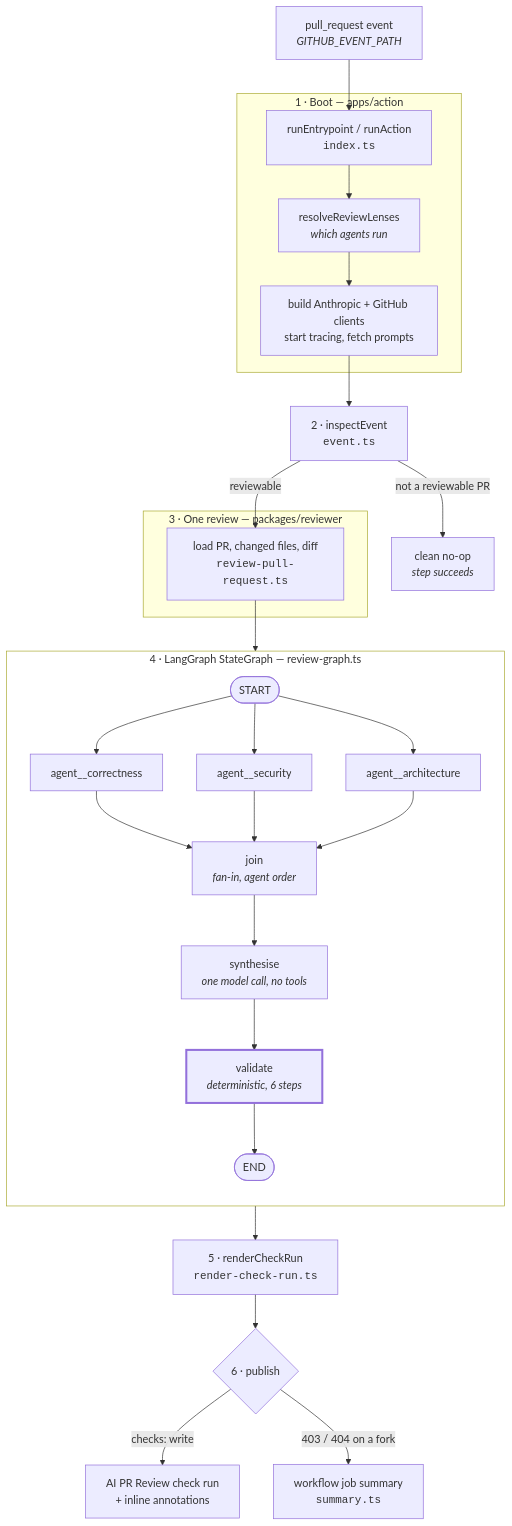
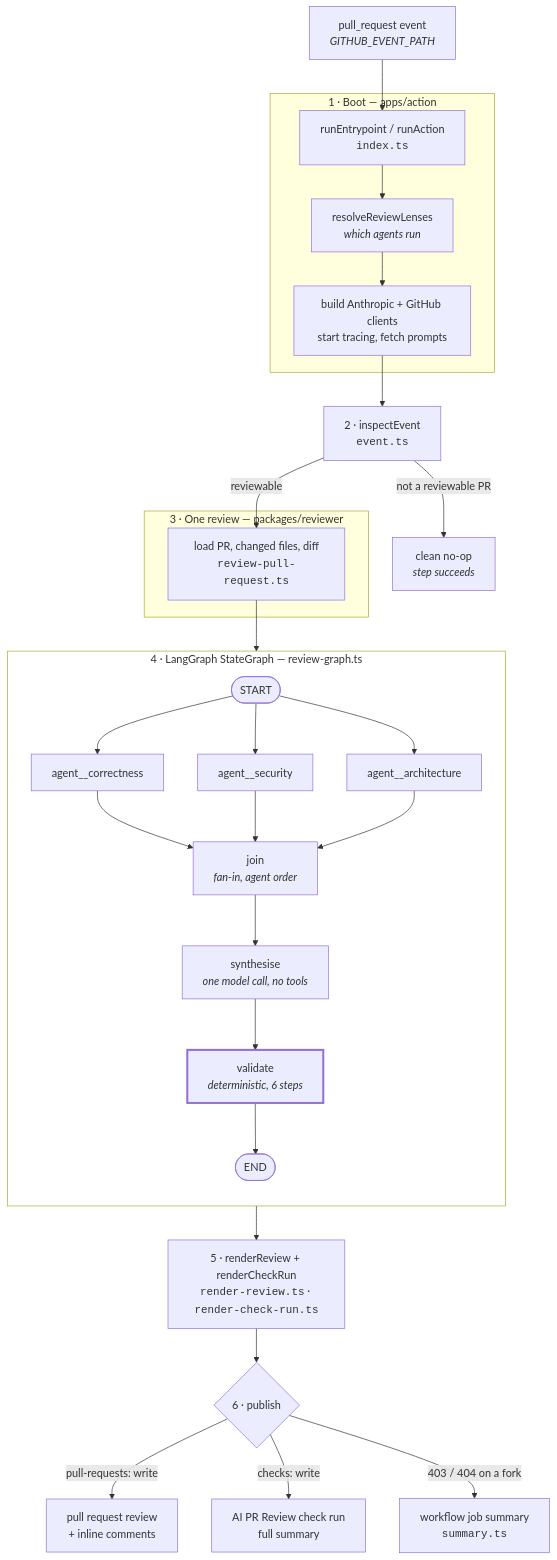
One commit to sunnyeyles/pr-review-agents changed the diagram in docs/agent-flow.md. Above: the diagram before and after it, drawn with Mermaid. The commit also changed other lines of this file and 20 other files, not shown here.

First line of the commit message:
feat: publish findings as pull request review comments

````diff
--- a/docs/agent-flow.md
+++ b/docs/agent-flow.md
@@ -14,42 +14,43 @@
 ```mermaid
 flowchart TD
     EVENT["pull_request event<br/><i>GITHUB_EVENT_PATH</i>"] --> ENTRY
 
     subgraph BOOT["1 · Boot — apps/action"]
         ENTRY["runEntrypoint / runAction<br/><code>index.ts</code>"]
         ENTRY --> LENS["resolveReviewLenses<br/><i>which agents run</i>"]
         LENS --> CLIENTS["build Anthropic + GitHub clients<br/>start tracing, fetch prompts"]
     end
 
     CLIENTS --> INSPECT["2 · inspectEvent<br/><code>event.ts</code>"]
     INSPECT -->|not a reviewable PR| NOOP["clean no-op<br/><i>step succeeds</i>"]
     INSPECT -->|reviewable| LOAD
 
     subgraph REVIEW["3 · One review — packages/reviewer"]
         LOAD["load PR, changed files, diff<br/><code>review-pull-request.ts</code>"]
     end
 
     LOAD --> GRAPH
 
     subgraph GRAPH["4 · LangGraph StateGraph — review-graph.ts"]
         direction TB
         START(["START"])
         START --> A1["agent__correctness"]
         START --> A2["agent__security"]
         START --> A3["agent__architecture"]
         A1 --> JOIN["join<br/><i>fan-in, agent order</i>"]
         A2 --> JOIN
         A3 --> JOIN
         JOIN --> SYNTH["synthesise<br/><i>one model call, no tools</i>"]
         SYNTH --> VAL["validate<br/><i>deterministic, 6 steps</i>"]
         VAL --> ENDN(["END"])
     end
 
-    GRAPH --> RENDER["5 · renderCheckRun<br/><code>render-check-run.ts</code>"]
+    GRAPH --> RENDER["5 · renderReview + renderCheckRun<br/><code>render-review.ts</code> · <code>render-check-run.ts</code>"]
     RENDER --> PUB{"6 · publish"}
-    PUB -->|checks: write| CHECK["AI PR Review check run<br/>+ inline annotations"]
+    PUB -->|pull-requests: write| COMMENTS["pull request review<br/>+ inline comments"]
+    PUB -->|checks: write| CHECK["AI PR Review check run<br/>full summary"]
     PUB -->|403 / 404 on a fork| SUM["workflow job summary<br/><code>summary.ts</code>"]
 
     style GRAPH fill:transparent
     style VAL stroke-width:3px
 ```
````
